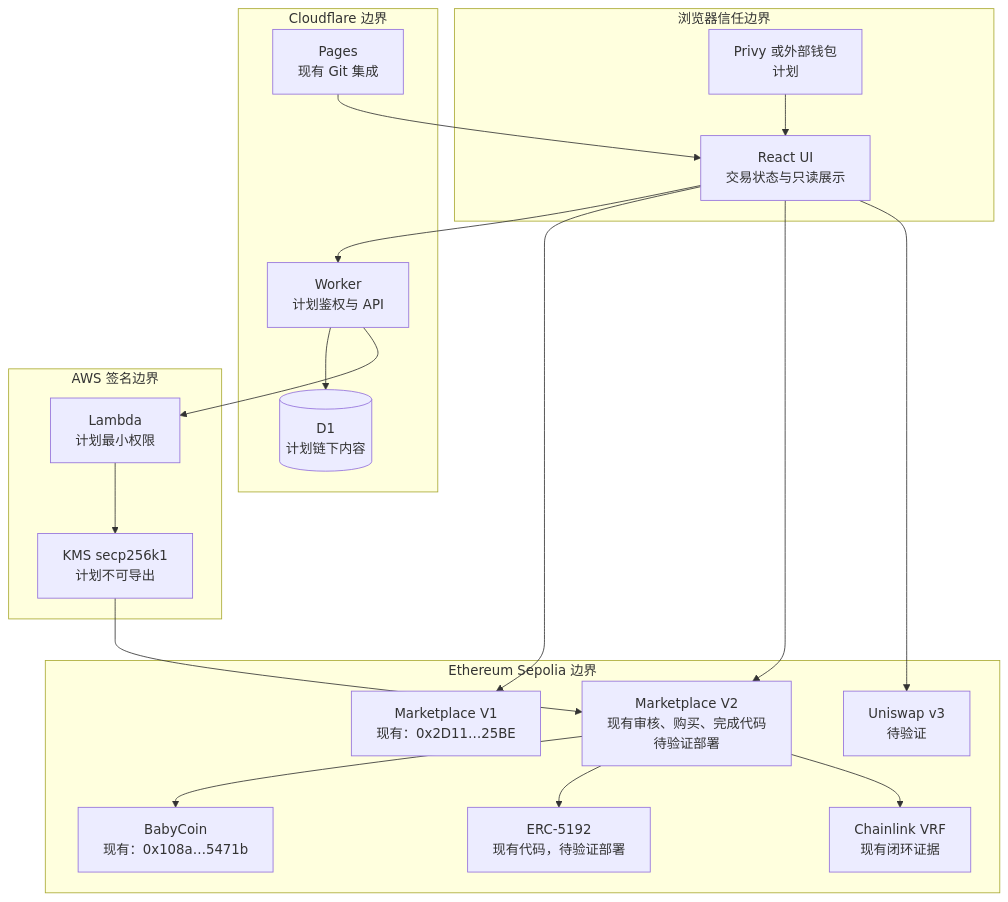
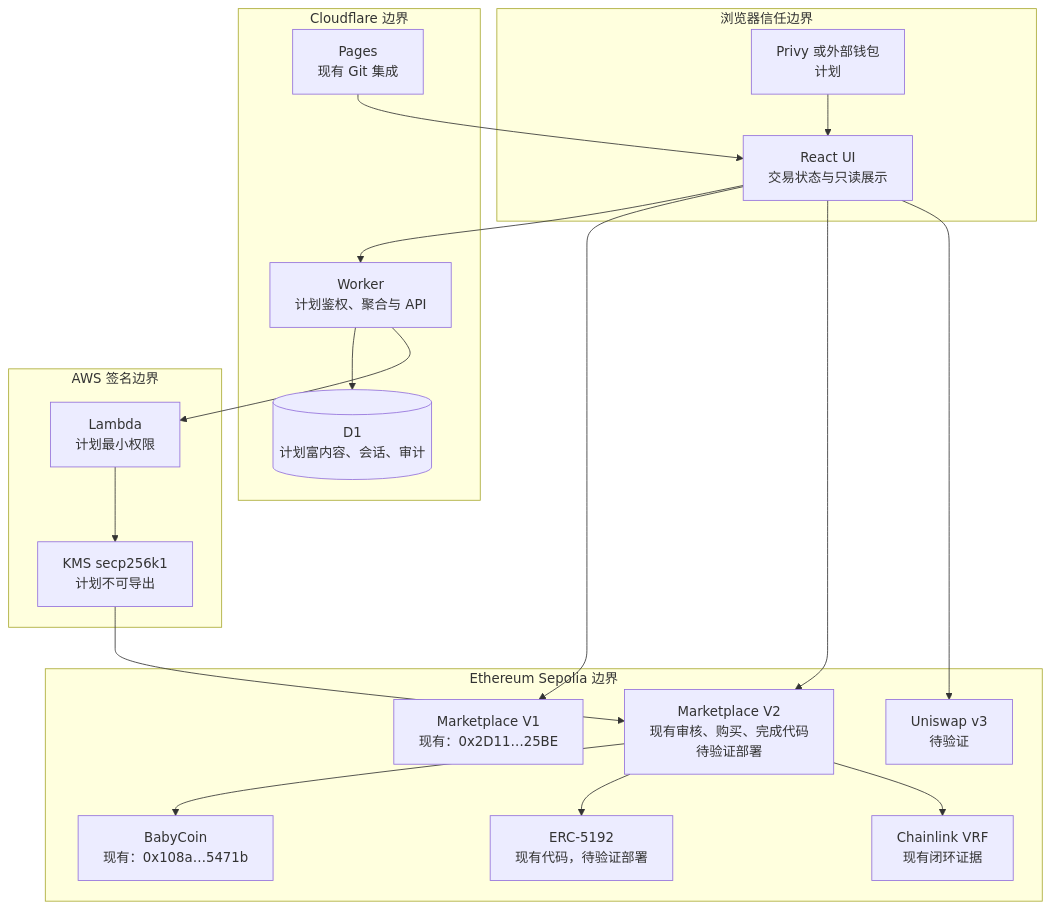
One commit to Tiancheng-Xu/babysteps changed the fourth of 8 diagrams in docs/architecture/starbuddy-web3-architecture.mmd. Above: the diagram before and after it, drawn with Mermaid. The commit also changed other lines of this file and 1 other file, not shown here.

Commit message:
docs: refine starbuddy web3 architecture

````diff
--- a/docs/architecture/starbuddy-web3-architecture.mmd
+++ b/docs/architecture/starbuddy-web3-architecture.mmd
@@ -33,35 +87,35 @@
 ```mermaid
 flowchart TB
     subgraph browser["浏览器信任边界"]
         ui["React UI<br/>交易状态与只读展示"]
         wallet["Privy 或外部钱包<br/>计划"]
     end
     subgraph cloudflare["Cloudflare 边界"]
         pages["Pages<br/>现有 Git 集成"]
-        worker2["Worker<br/>计划鉴权与 API"]
-        d12[("D1<br/>计划链下内容")]
+        worker2["Worker<br/>计划鉴权、聚合与 API"]
+        d12[("D1<br/>计划富内容、会话、审计")]
     end
     subgraph ethereum["Ethereum Sepolia 边界"]
         baby["BabyCoin<br/>现有：0x108a…5471b"]
         oldMarket["Marketplace V1<br/>现有：0x2D11…25BE"]
         newMarket["Marketplace V2<br/>现有审核、购买、完成代码<br/>待验证部署"]
         cert["ERC-5192<br/>现有代码，待验证部署"]
         uni["Uniswap v3<br/>待验证"]
         chainlink["Chainlink VRF<br/>现有闭环证据"]
     end
     subgraph aws["AWS 签名边界"]
         relayer["Lambda<br/>计划最小权限"]
         key["KMS secp256k1<br/>计划不可导出"]
     end
 
     pages --> ui
     wallet --> ui
     ui --> worker2 --> d12
     ui --> oldMarket
     ui --> newMarket
     ui --> uni
     newMarket --> baby
     newMarket --> cert
     newMarket --> chainlink
     worker2 --> relayer --> key --> newMarket
 ```
````
